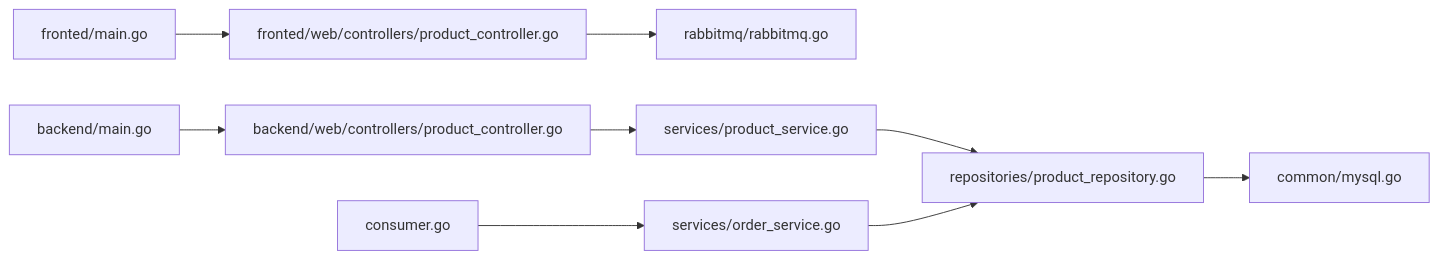
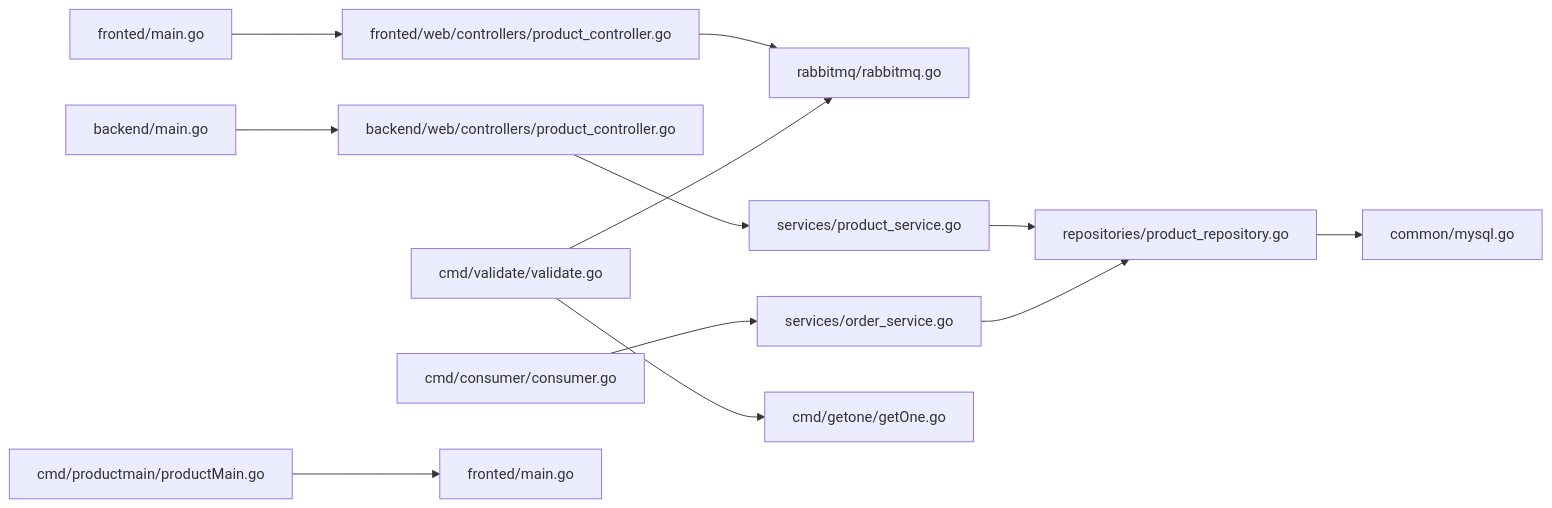
One commit to gbtdesign/e-commerce-t changed the ninth of 9 diagrams in .qoder/repowiki/zh/content/系统架构设计/系统架构设计.md. Above: the diagram before and after it, drawn with Mermaid. The commit also changed other lines of this file and 53 other files, not shown here.

````diff
--- a/.qoder/repowiki/zh/content/系统架构设计/系统架构设计.md
+++ b/.qoder/repowiki/zh/content/系统架构设计/系统架构设计.md
@@ -341,11 +468,14 @@
 ```mermaid
 graph LR
 FE["fronted/main.go"] --> FE_CTRL["fronted/web/controllers/product_controller.go"]
 FE_CTRL --> MQ["rabbitmq/rabbitmq.go"]
 BE["backend/main.go"] --> BE_CTRL_P["backend/web/controllers/product_controller.go"]
 BE_CTRL_P --> S_PROD["services/product_service.go"]
 S_PROD --> R_PROD["repositories/product_repository.go"]
 R_PROD --> C_MySQL["common/mysql.go"]
-CONSUMER["consumer.go"] --> S_ORDER["services/order_service.go"]
+CONSUMER["cmd/consumer/consumer.go"] --> S_ORDER["services/order_service.go"]
 S_ORDER --> R_PROD
+VALIDATE["cmd/validate/validate.go"] --> MQ
+VALIDATE --> GETONE["cmd/getone/getOne.go"]
+PRODUCTMAIN["cmd/productmain/productMain.go"] --> FE_MAIN["fronted/main.go"]
 ```
````
